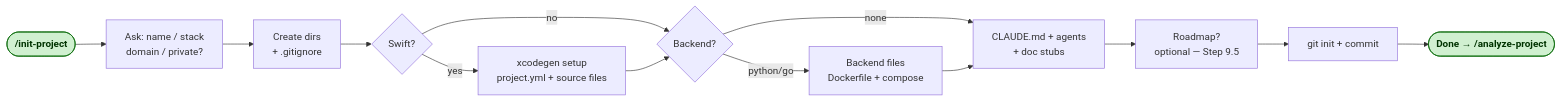
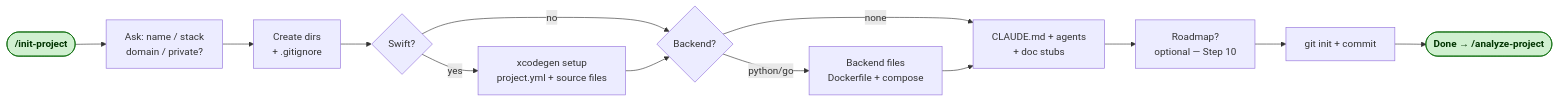
One commit to vladislavsournine/vladyslav-skills changed the first of 15 diagrams in docs/diagrams/skill-flows.md. Above: the diagram before and after it, drawn with Mermaid. The commit also changed other lines of this file and 47 other files, not shown here.

````diff
--- a/docs/diagrams/skill-flows.md
+++ b/docs/diagrams/skill-flows.md
@@ -11,18 +11,18 @@
 ```mermaid
 flowchart LR
     A([/init-project]):::start --> B[Ask: name / stack\ndomain / private?]
     B --> C[Create dirs\n+ .gitignore]
     C --> D{Swift?}
     D -- yes --> E[xcodegen setup\nproject.yml + source files]
     D -- no --> F{Backend?}
     E --> F
     F -- python/go --> G[Backend files\nDockerfile + compose]
     F -- none --> H
     G --> H[CLAUDE.md + agents\n+ doc stubs]
-    H --> I[Roadmap?\noptional — Step 9.5]
+    H --> I[Roadmap?\noptional — Step 10]
     I --> J[git init + commit]
     J --> K([Done → /analyze-project]):::done
 
     classDef start fill:#d0f0d0,stroke:#006600,color:#003300,font-weight:bold
     classDef done  fill:#d0f0d0,stroke:#006600,color:#003300,font-weight:bold
 ```
````
